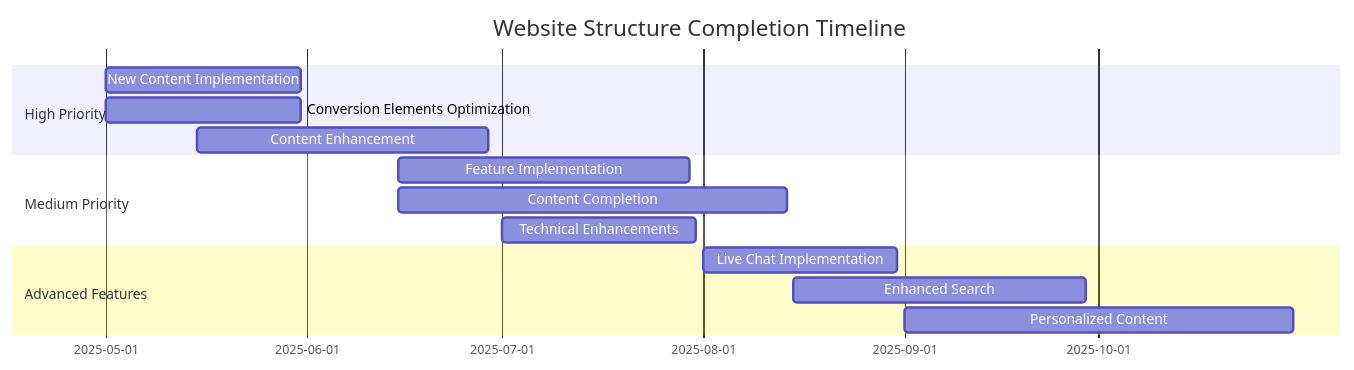
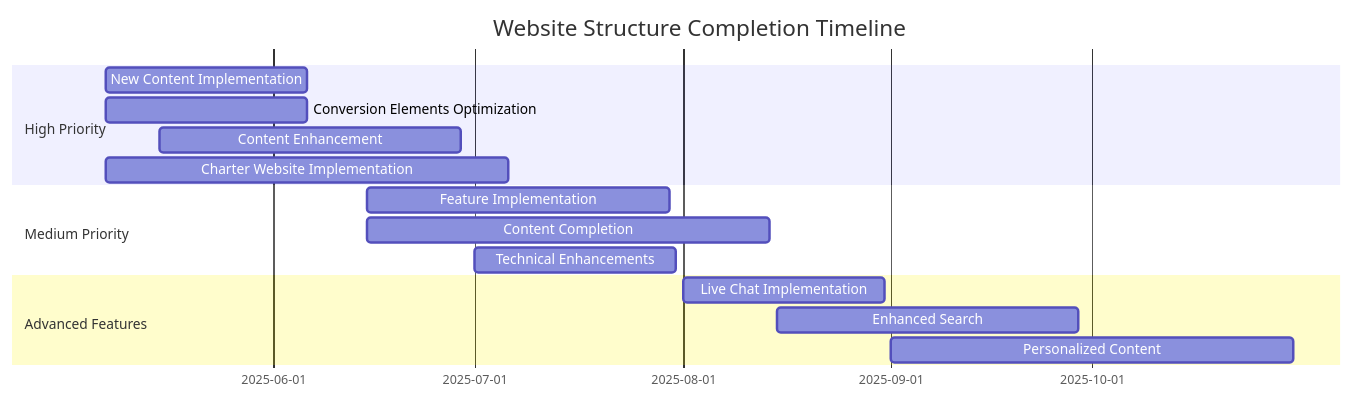
Before and after one commit to szemkoff/azurecharters: the diagram in docs/WEBSITE_STRUCTURE_ALIGNMENT.md, drawn with Mermaid. The commit also changed other lines of this file and 2 other files, not shown here.

Commit message:
Update documentation structure for charter website implementation

````diff
--- a/docs/WEBSITE_STRUCTURE_ALIGNMENT.md
+++ b/docs/WEBSITE_STRUCTURE_ALIGNMENT.md
@@ -147,17 +195,18 @@
 ```mermaid
 gantt
     title Website Structure Completion Timeline
     dateFormat  YYYY-MM-DD
     section High Priority
-    New Content Implementation       :a1, 2025-05-01, 30d
-    Conversion Elements Optimization :a2, 2025-05-01, 30d
+    New Content Implementation       :a1, 2025-05-07, 30d
+    Conversion Elements Optimization :a2, 2025-05-07, 30d
     Content Enhancement             :a3, 2025-05-15, 45d
+    Charter Website Implementation   :a4, 2025-05-07, 60d
     section Medium Priority
     Feature Implementation      :b1, 2025-06-15, 45d
     Content Completion          :b2, 2025-06-15, 60d
     Technical Enhancements      :b3, 2025-07-01, 30d
     section Advanced Features
     Live Chat Implementation    :c1, 2025-08-01, 30d
     Enhanced Search             :c2, 2025-08-15, 45d
     Personalized Content        :c3, 2025-09-01, 60d
 ```
````
